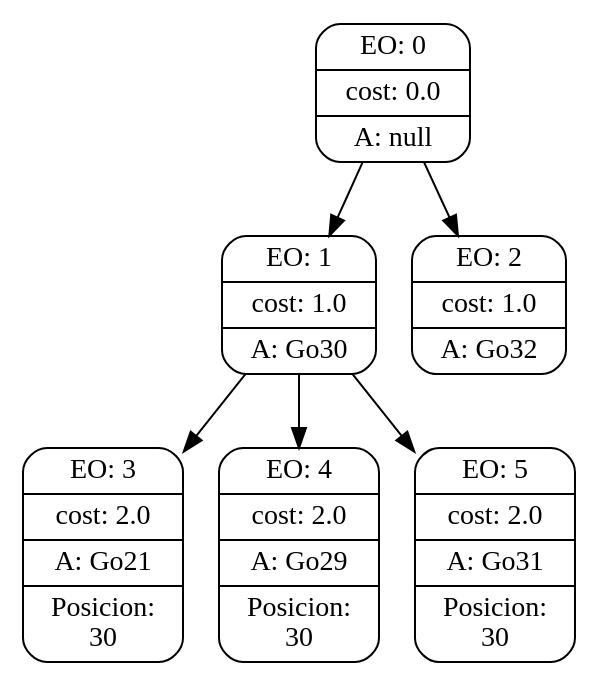
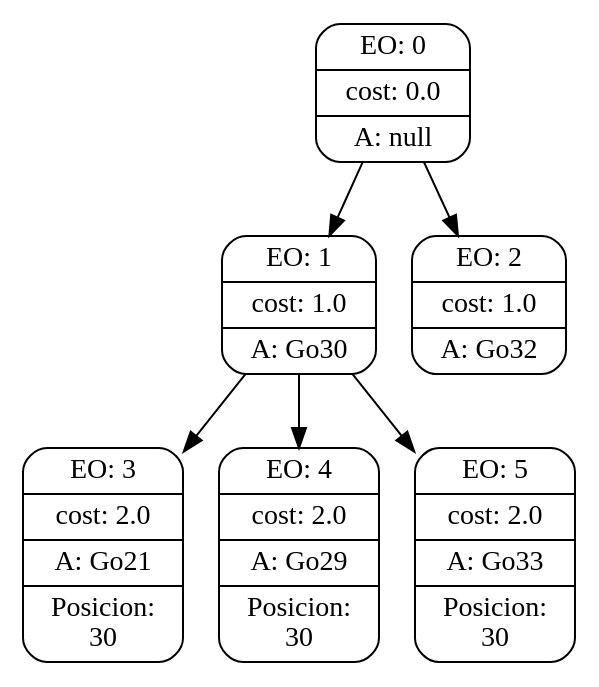
One commit to lniklison/TP-Inteligencia-artificial changed the diagram in searchGVTrees/11.dot. Above: the diagram before and after it, drawn with Graphviz. The commit also changed 25 other files, not shown here.

```diff
--- a/searchGVTrees/11.dot
+++ b/searchGVTrees/11.dot
@@ -1,21 +1,21 @@
 digraph g {
 node [shape = Mrecord];
 nodo0[label="{EO: 0|cost: 0.0|A: null}"]
 nodo1[label="{EO: 1|cost: 1.0|A: Go30}"]
 nodo3[label="{EO: 3|cost: 2.0|A: Go21|Posicion:\n30}"]
 
 nodo1 -> nodo3;
 nodo4[label="{EO: 4|cost: 2.0|A: Go29|Posicion:\n30}"]
 
 nodo1 -> nodo4;
-nodo5[label="{EO: 5|cost: 2.0|A: Go31|Posicion:\n30}"]
+nodo5[label="{EO: 5|cost: 2.0|A: Go33|Posicion:\n30}"]
 
 nodo1 -> nodo5;
 
 nodo0 -> nodo1;
 nodo2[label="{EO: 2|cost: 1.0|A: Go32}"]
 
 nodo0 -> nodo2;
 
 
 }
```
